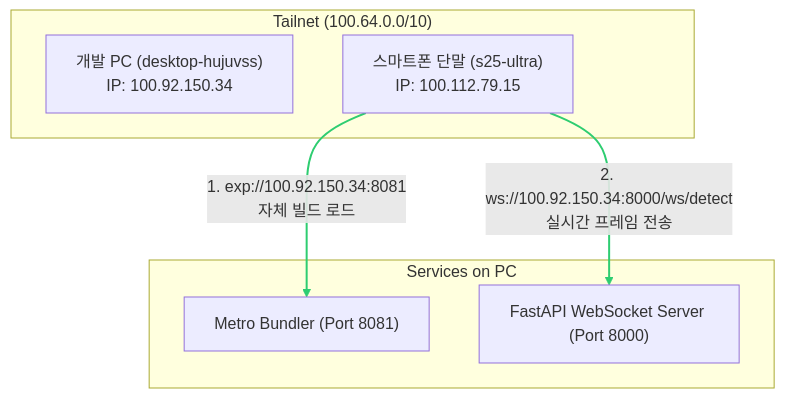
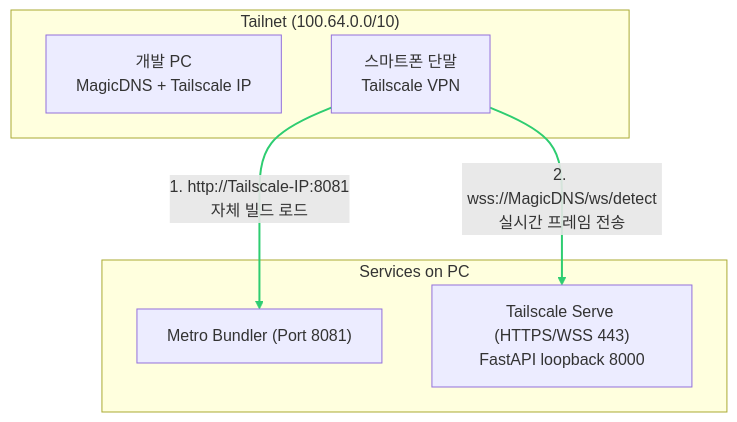
One commit to Groog-sudo/Minchodan changed the diagram in docs/ops/tailscale_connection_guide.md. Above: the diagram before and after it, drawn with Mermaid. The commit also changed other lines of this file and 23 other files, not shown here.

Commit message:
infra: Docker 및 Tailscale WSS 구성 정리

````diff
--- a/docs/ops/tailscale_connection_guide.md
+++ b/docs/ops/tailscale_connection_guide.md
@@ -21,17 +21,17 @@
 ```mermaid
 graph TD
     subgraph "Tailnet (100.64.0.0/10)"
-        PC["개발 PC (desktop-hujuvss)<br/>IP: 100.92.150.34"]
-        App["스마트폰 단말 (s25-ultra)<br/>IP: 100.112.79.15"]
+        PC["개발 PC<br/>MagicDNS + Tailscale IP"]
+        App["스마트폰 단말<br/>Tailscale VPN"]
     end
 
     subgraph "Services on PC"
         Metro["Metro Bundler (Port 8081)"]
-        FastAPI["FastAPI WebSocket Server (Port 8000)"]
+        FastAPI["Tailscale Serve (HTTPS/WSS 443)<br/>FastAPI loopback 8000"]
     end
 
-    App -- "1. exp://100.92.150.34:8081<br/>자체 빌드 로드" --> Metro
-    App -- "2. ws://100.92.150.34:8000/ws/detect<br/>실시간 프레임 전송" --> FastAPI
+    App -- "1. http://Tailscale-IP:8081<br/>자체 빌드 로드" --> Metro
+    App -- "2. wss://MagicDNS/ws/detect<br/>실시간 프레임 전송" --> FastAPI
 
     linkStyle 0,1 stroke:#2ecd71,stroke-width:2px;
 ```
````
